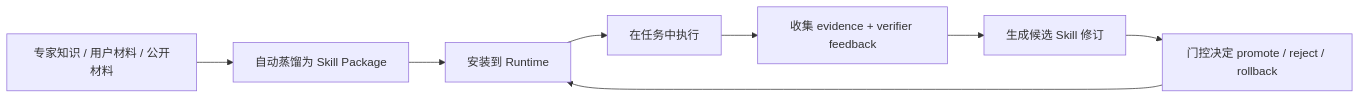
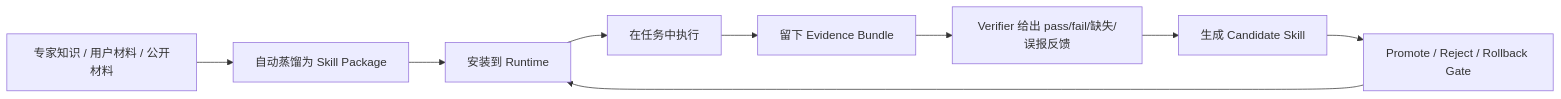
One commit to qqnnhhdmpc666/expert-skill-distillation-prototype changed the diagram in README.md. Above: the diagram before and after it, drawn with Mermaid. The commit also changed other lines of this file and 27 other files, not shown here.

````diff
--- a/README.md
+++ b/README.md
@@ -13,10 +17,11 @@
 ```mermaid
 flowchart LR
     A["专家知识 / 用户材料 / 公开材料"] --> B["自动蒸馏为 Skill Package"]
     B --> C["安装到 Runtime"]
     C --> D["在任务中执行"]
-    D --> E["收集 evidence + verifier feedback"]
-    E --> F["生成候选 Skill 修订"]
-    F --> G["门控决定 promote / reject / rollback"]
-    G --> C
+    D --> E["留下 Evidence Bundle"]
+    E --> F["Verifier 给出 pass/fail/缺失/误报反馈"]
+    F --> G["生成 Candidate Skill"]
+    G --> H["Promote / Reject / Rollback Gate"]
+    H --> C
 ```
````
